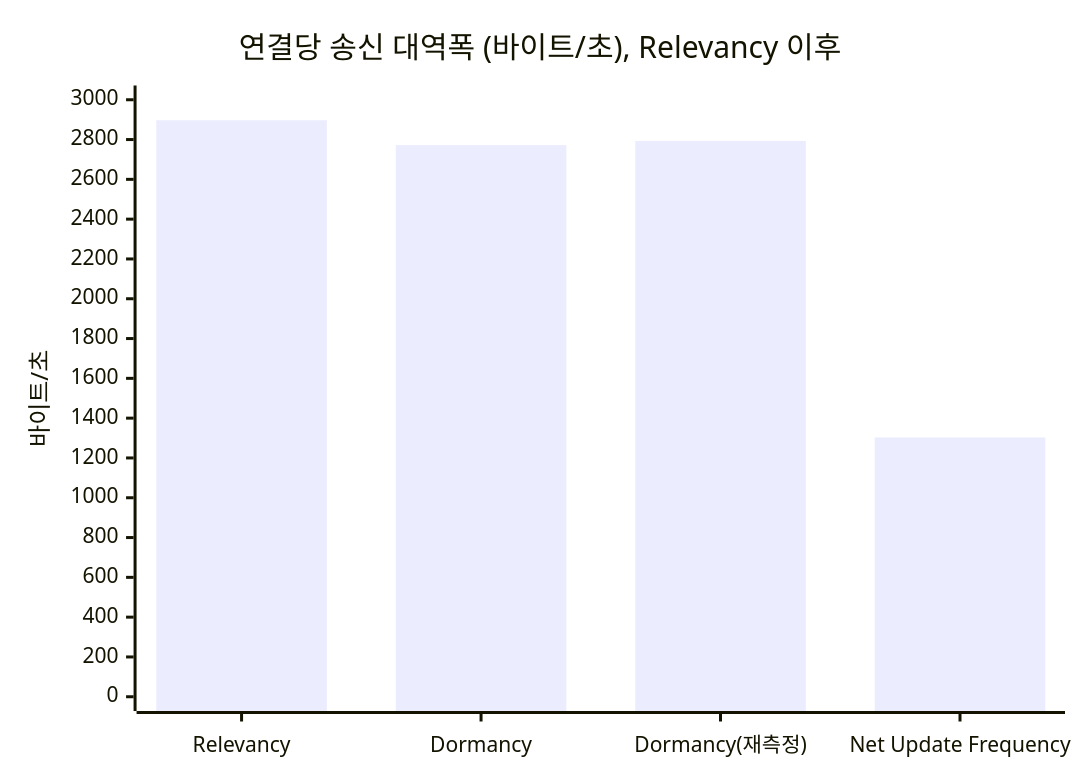
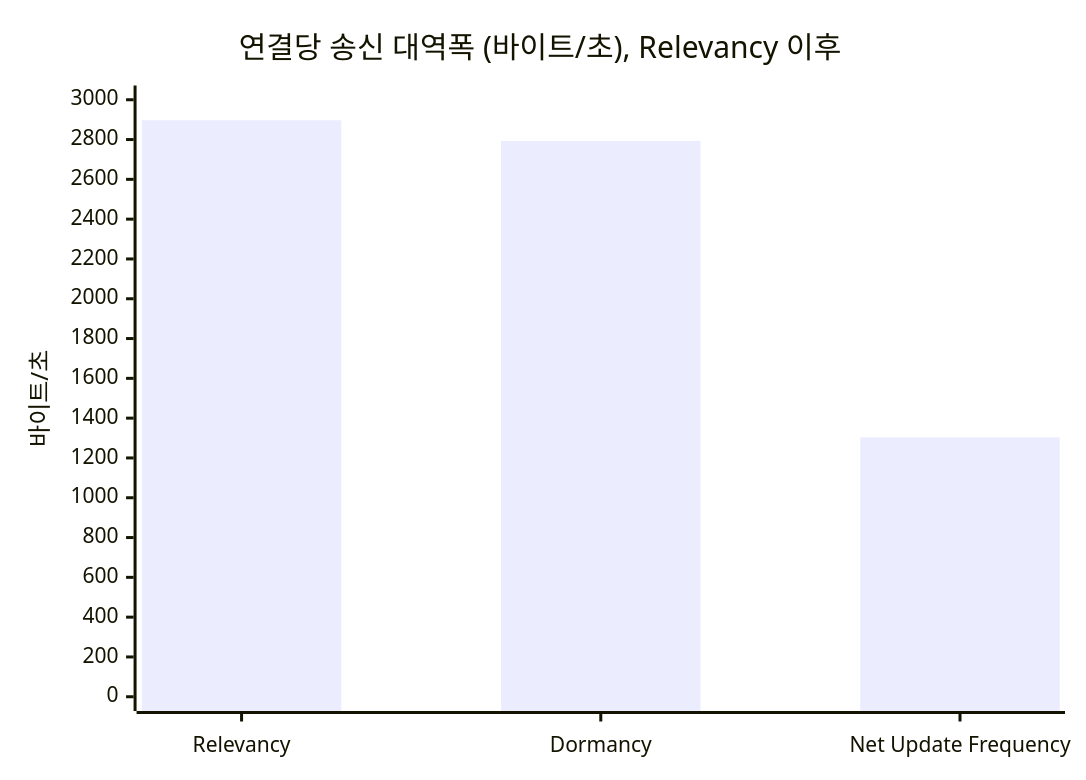
Before and after one commit to hon454/ue-dedicated-server-optimization-lab: the fourth of 4 diagrams in README.md, drawn with Mermaid. The commit also changed other lines of this file, not shown here.

First line of the commit message:
docs(readme): show one dormancy measurement in the cumulative results

````diff
--- a/README.md
+++ b/README.md
@@ -134,7 +134,7 @@
 ```mermaid
 xychart-beta
     title "연결당 송신 대역폭 (바이트/초), Relevancy 이후"
-    x-axis ["Relevancy", "Dormancy", "Dormancy(재측정)", "Net Update Frequency"]
+    x-axis ["Relevancy", "Dormancy", "Net Update Frequency"]
     y-axis "바이트/초" 0 --> 3000
-    bar [2897, 2772, 2793, 1303]
+    bar [2897, 2793, 1303]
 ```
````
